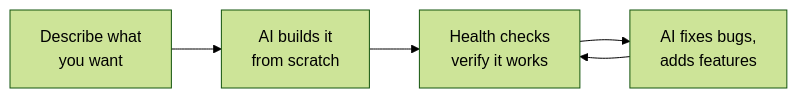
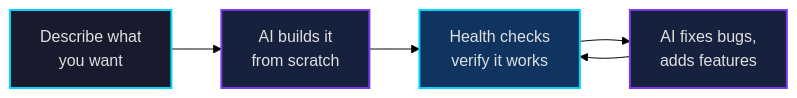
The first of 3 diagrams in README.md (mvalancy/tritium-coder), drawn with Mermaid (forest theme) before and after one commit. The commit also changed other lines of this file, not shown here.

First line of the commit message:
Style mermaid diagrams with dark teal/purple color palette

````diff
--- a/README.md
+++ b/README.md
@@ -13,8 +13,13 @@
 ```mermaid
 flowchart LR
     Describe["Describe what\nyou want"]
     --> Build["AI builds it\nfrom scratch"]
     --> Validate["Health checks\nverify it works"]
     --> Improve["AI fixes bugs,\nadds features"]
     --> Validate
+
+    style Describe fill:#1a1a2e,stroke:#00d4ff,color:#e0e0e0,stroke-width:2px
+    style Build fill:#16213e,stroke:#7c3aed,color:#e0e0e0,stroke-width:2px
+    style Validate fill:#0f3460,stroke:#00d4ff,color:#e0e0e0,stroke-width:2px
+    style Improve fill:#16213e,stroke:#7c3aed,color:#e0e0e0,stroke-width:2px
 ```
````
